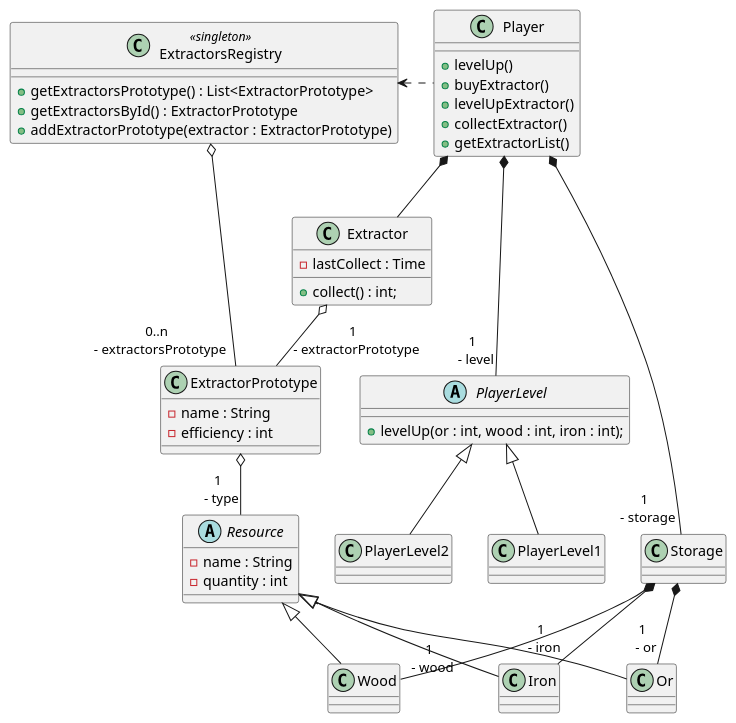
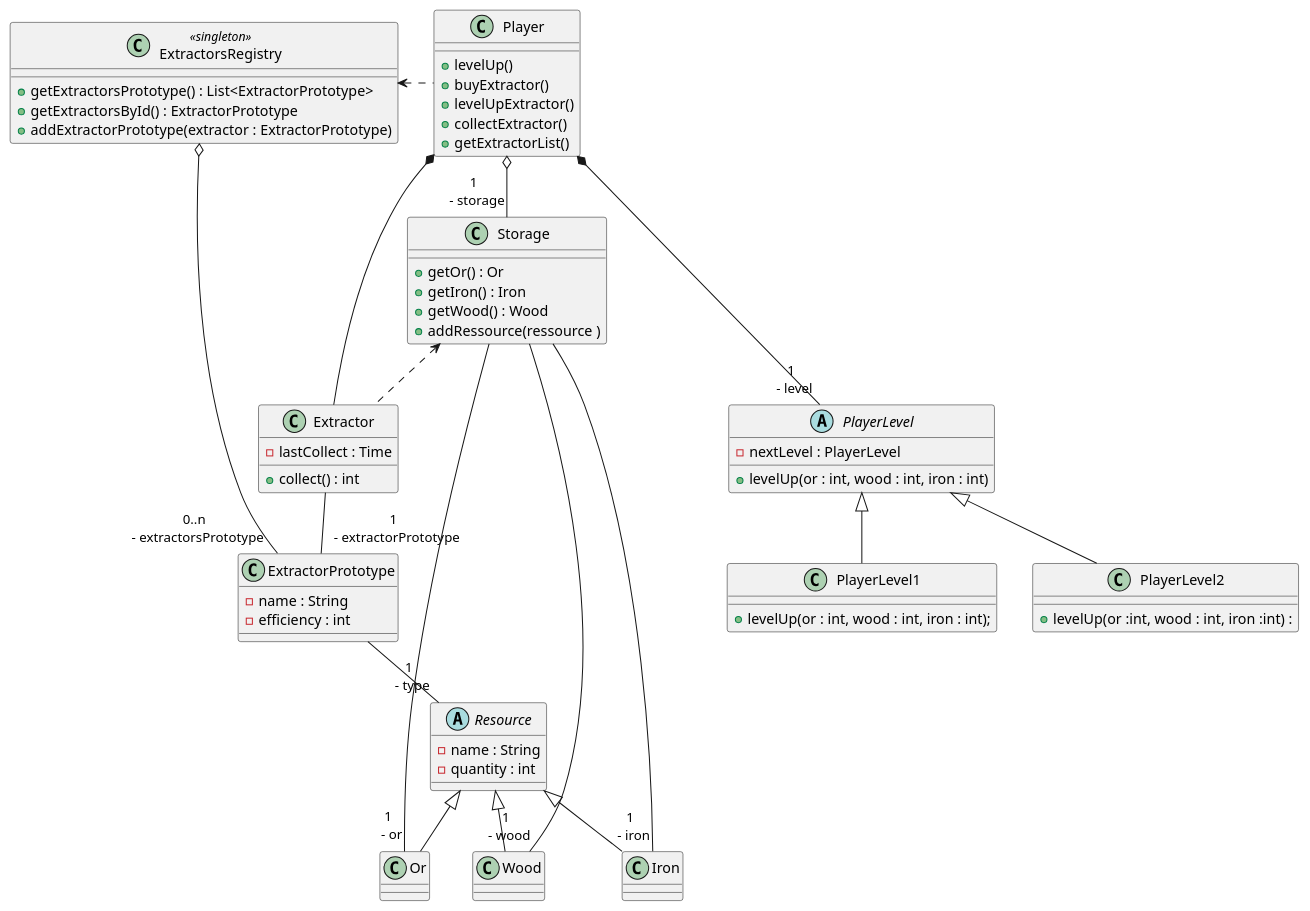
Before and after one commit to skelirphoteman/Resource-Management-Game: the diagram in ProjectManagment/UML/DGeneralClass.puml, drawn with PlantUML.

Commit message:
Ameliorate DClass

```diff
--- a/ProjectManagment/UML/DGeneralClass.puml
+++ b/ProjectManagment/UML/DGeneralClass.puml
@@ -1,73 +1,78 @@
 @startuml
 'https://plantuml.com/class-diagram
 
 class Player{
 
 
     + levelUp()
     + buyExtractor()
     + levelUpExtractor()
     + collectExtractor()
     + getExtractorList()
 }
 
 class ExtractorsRegistry <<singleton>>{
     + getExtractorsPrototype() : List<ExtractorPrototype>
     + getExtractorsById() : ExtractorPrototype
     + addExtractorPrototype(extractor : ExtractorPrototype)
 }
 
 ExtractorsRegistry o-- "0..n \n - extractorsPrototype" ExtractorPrototype
-
+Extractor .up.> Storage
 Player .left.> ExtractorsRegistry
 
 class ExtractorPrototype {
     - name : String
     - efficiency : int
 }
 class Extractor {
     - lastCollect : Time
-    + collect() : int;
+    + collect() : int
 }
 Player *-- Extractor
-ExtractorPrototype o-- "1 \n - type"Resource
-Extractor o-- "1 \n - extractorPrototype" ExtractorPrototype
+ExtractorPrototype -- "1 \n - type"Resource
+Extractor -- "1 \n - extractorPrototype" ExtractorPrototype
 
 Player *--- "1 \n - level" PlayerLevel
-Player *-- "1 \n - storage" Storage
+Player o-- "1 \n - storage" Storage
 abstract class Resource{
     - name : String
     - quantity : int
 }
 
 class Storage {
-
+    + getOr() : Or
+    + getIron() : Iron
+    + getWood() : Wood
+    + addRessource(ressource )
 }
-Storage *-- "1 \n - or" Or
-Storage *-- "1 \n - wood" Wood
-Storage *-- "1 \n - iron" Iron
+Storage -- "1 \n - or" Or
+Storage -- "1 \n - wood" Wood
+Storage -- "1 \n - iron" Iron
 
 class Or extends Resource {
 }
 
 class Wood extends Resource {
 }
 
 
 class Iron extends Resource {
 }
 
 abstract class PlayerLevel {
-    + levelUp(or : int, wood : int, iron : int);
+    - nextLevel : PlayerLevel
+    + levelUp(or : int, wood : int, iron : int)
 }
 
 
 class PlayerLevel1 extends PlayerLevel {
+    + levelUp(or : int, wood : int, iron : int);
 
 }
 
 class PlayerLevel2 extends PlayerLevel {
-
+    + levelUp(or :int, wood : int, iron :int) :
 }
 
 @enduml
```
